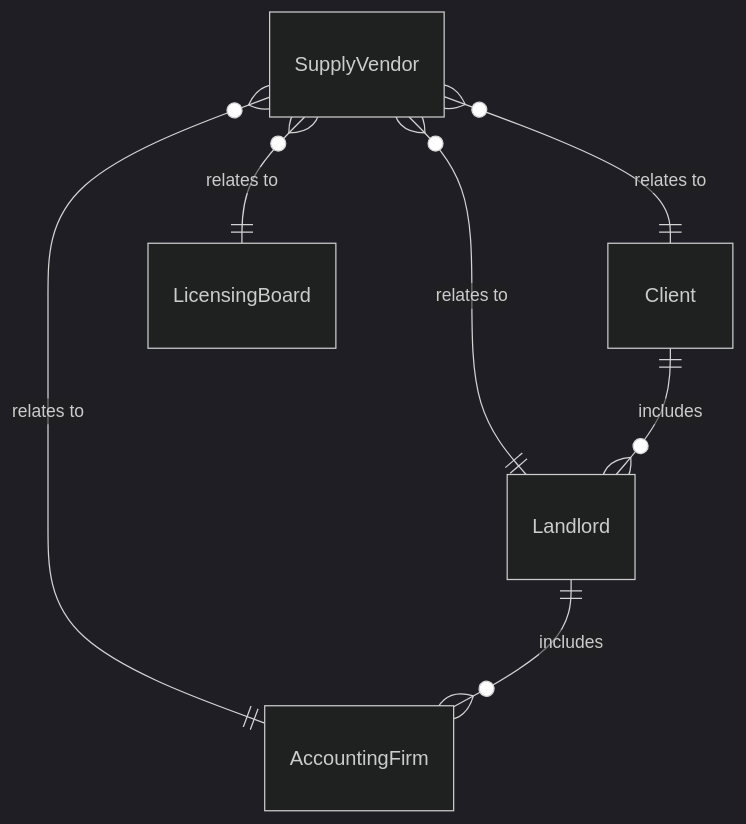
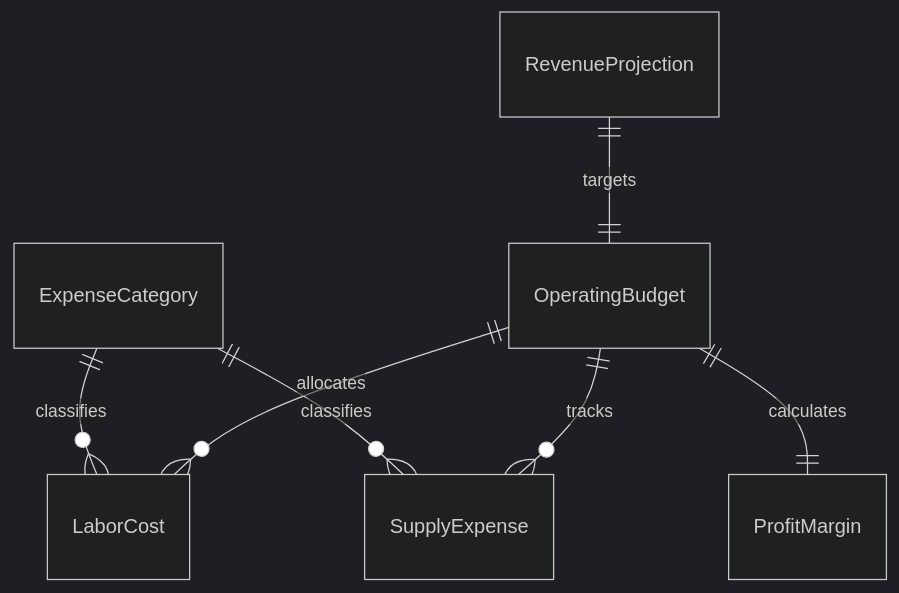
The first of 4 diagrams in GuidingDirectingAndMotivatingSubordinates/ManageBudgetsOrFinances/ManageBudgetsPersonalServicesOperations.mdx (dot-org-ai/tasks.org.ai), drawn with Mermaid (dark theme) before and after one commit. The commit also changed other lines of this file and 515 other files, not shown here.

````diff
--- a/GuidingDirectingAndMotivatingSubordinates/ManageBudgetsOrFinances/ManageBudgetsPersonalServicesOperations.mdx
+++ b/GuidingDirectingAndMotivatingSubordinates/ManageBudgetsOrFinances/ManageBudgetsPersonalServicesOperations.mdx
@@ -88,9 +88,9 @@
 ```mermaid
 erDiagram
-    SupplyVendor }o--|| Client : "relates to"
-    SupplyVendor }o--|| Landlord : "relates to"
-    SupplyVendor }o--|| AccountingFirm : "relates to"
-    SupplyVendor }o--|| LicensingBoard : "relates to"
-    Client ||--o{ Landlord : includes
-    Landlord ||--o{ AccountingFirm : includes
+    OperatingBudget ||--o{ LaborCost : "allocates"
+    OperatingBudget ||--o{ SupplyExpense : "tracks"
+    RevenueProjection ||--|| OperatingBudget : "targets"
+    ExpenseCategory ||--o{ SupplyExpense : "classifies"
+    ExpenseCategory ||--o{ LaborCost : "classifies"
+    OperatingBudget ||--|| ProfitMargin : "calculates"
 ```
````
